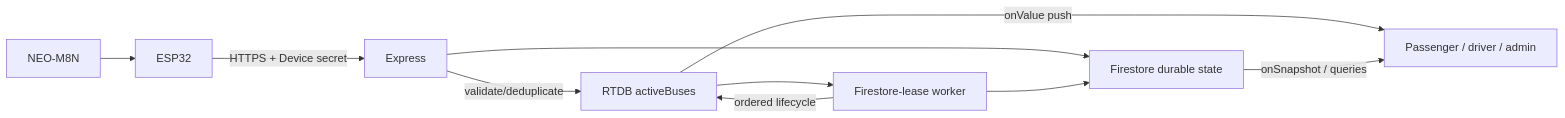
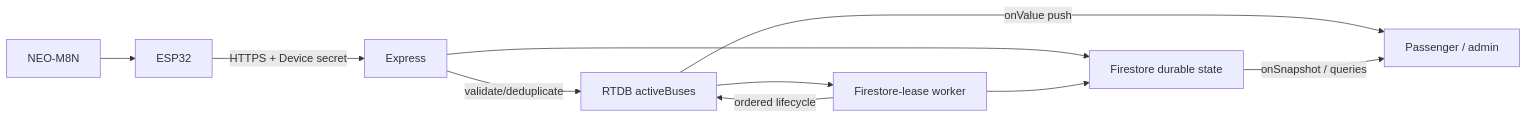
Before and after one commit to notnamansinha/Eki: the diagram in docs/design/ARCHITECTURE.md, drawn with Mermaid. The commit also changed 34 other files, not shown here.

````diff
--- a/docs/design/ARCHITECTURE.md
+++ b/docs/design/ARCHITECTURE.md
@@ -5,11 +5,11 @@
 ```mermaid
 flowchart LR
   GNSS["NEO-M8N"] --> ESP["ESP32"]
   ESP -->|"HTTPS + Device secret"| API["Express"]
   API -->|"validate/deduplicate"| RTDB["RTDB activeBuses"]
   RTDB --> WORKER["Firestore-lease worker"]
   WORKER -->|"ordered lifecycle"| RTDB
   API & WORKER --> FS["Firestore durable state"]
-  RTDB -->|"onValue push"| WEB["Passenger / driver / admin"]
+  RTDB -->|"onValue push"| WEB["Passenger / admin"]
   FS -->|"onSnapshot / queries"| WEB
 ```
````
